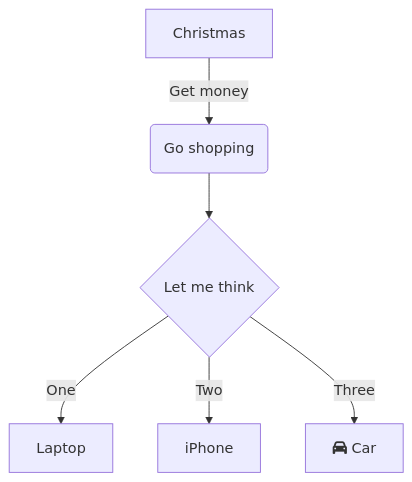
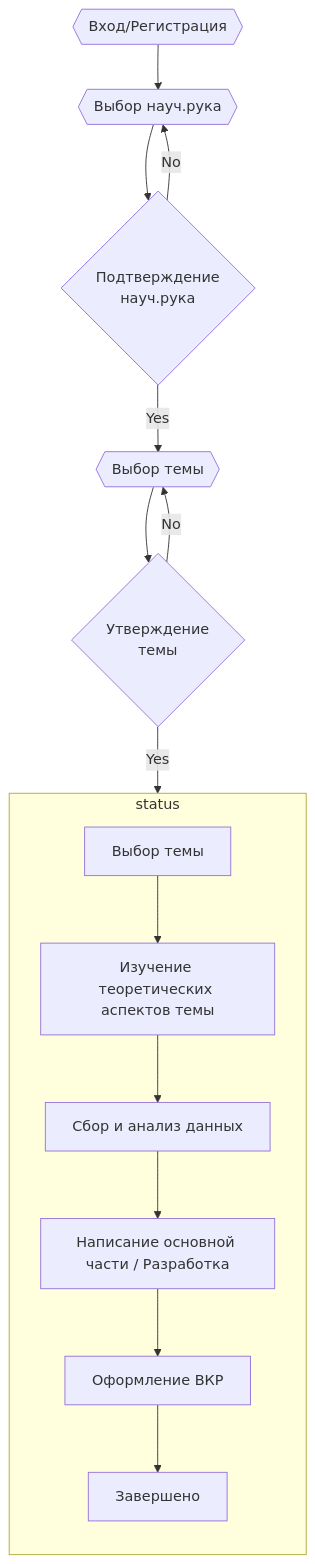
One commit to awesic/project_practicum changed the first of 2 diagrams in README.md. Above: the diagram before and after it, drawn with Mermaid. The commit also changed other lines of this file and 1 other file, not shown here.

````diff
--- a/README.md
+++ b/README.md
@@ -14,10 +43,18 @@
 ```mermaid
-
 flowchart TD
-    A[Christmas] -->|Get money| B(Go shopping)
-    B --> C{Let me think}
-    C -->|One| D[Laptop]
-    C -->|Two| E[iPhone]
-    C -->|Three| F[fa:fa-car Car]
-
+    A{{Вход/Регистрация}} --> B{{Выбор науч.рука}}
+    B --> C{Подтверждение\n науч.рука}
+    C -->|Yes| D{{Выбор темы}}
+    C -->|No| B
+    D --> E{Утверждение\n темы}
+    E -->|Yes| status
+    E -->|No| D
+    subgraph status
+        direction TB
+        a[Выбор темы] --> b[Изучение теоретических аспектов темы]
+        b --> c[Сбор и анализ данных]
+        c --> d[Написание основной части / Разработка]
+        d --> e[Оформление ВКР]
+        e --> f[Завершено]
+    end
 ```
````
